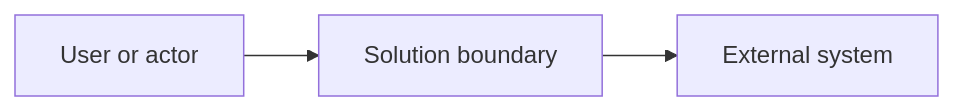
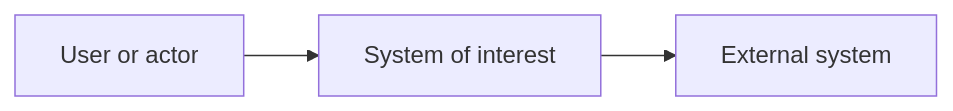
The diagram in templates/HLD-template.md (emadadel2008/Think-Like-an-Architect), drawn with Mermaid before and after one commit. The commit also changed other lines of this file and 4 other files, not shown here.

Commit message:
Improve architecture documentation templates

````diff
--- a/templates/HLD-template.md
+++ b/templates/HLD-template.md
@@ -37,5 +48,5 @@
 ```mermaid
 flowchart LR
-    User[User or actor] --> Solution[Solution boundary]
-    Solution --> External[External system]
+    Person[User or actor] --> System[System of interest]
+    System --> Dependency[External system]
 ```
````
